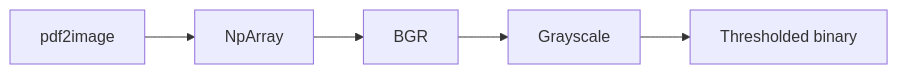
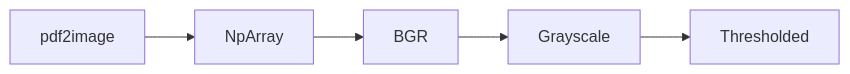
One commit to mfraynt/RWB_OCR changed the diagram in README.md. Above: the diagram before and after it, drawn with Mermaid.

Commit message:
Update README.md
Instead of Binary we use Adaptive Gaussian thresholding.

````diff
--- a/README.md
+++ b/README.md
@@ -50,4 +50,4 @@
 ```mermaid
 flowchart LR
-initial[pdf2image] --> NpArray --> BGR --> Grayscale --> fin[Thresholded binary]
+initial[pdf2image] --> NpArray --> BGR --> Grayscale --> fin[Thresholded]
 ```
````
